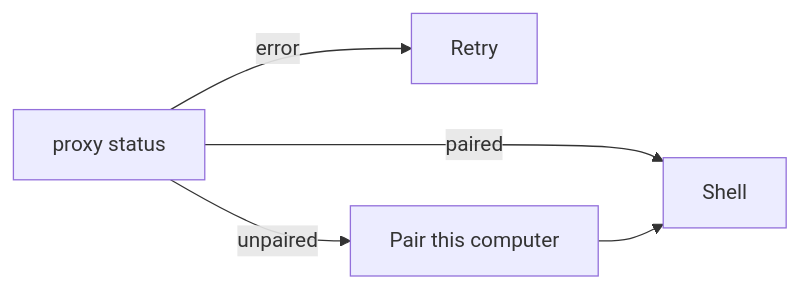
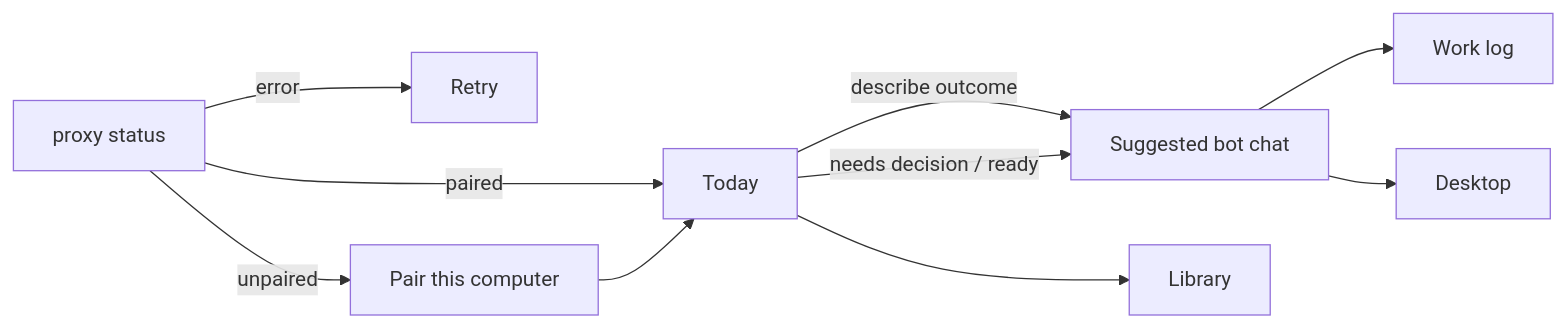
Before and after one commit to itsuppartem/artek-buddy: the diagram in client/WINDOW.md, drawn with Mermaid. The commit also changed other lines of this file and 69 other files, not shown here.

````diff
--- a/client/WINDOW.md
+++ b/client/WINDOW.md
@@ -7,8 +7,13 @@
 ```mermaid
 flowchart LR
   boot[proxy status]
   boot -->|error| proxyErr[Retry]
   boot -->|unpaired| pairing[Pair this computer]
-  boot -->|paired| shell[Shell]
-  pairing --> shell
+  boot -->|paired| today[Today]
+  pairing --> today
+  today -->|describe outcome| chat[Suggested bot chat]
+  today -->|needs decision / ready| chat
+  chat --> worklog[Work log]
+  chat --> computer[Desktop]
+  today --> library[Library]
 ```
````
